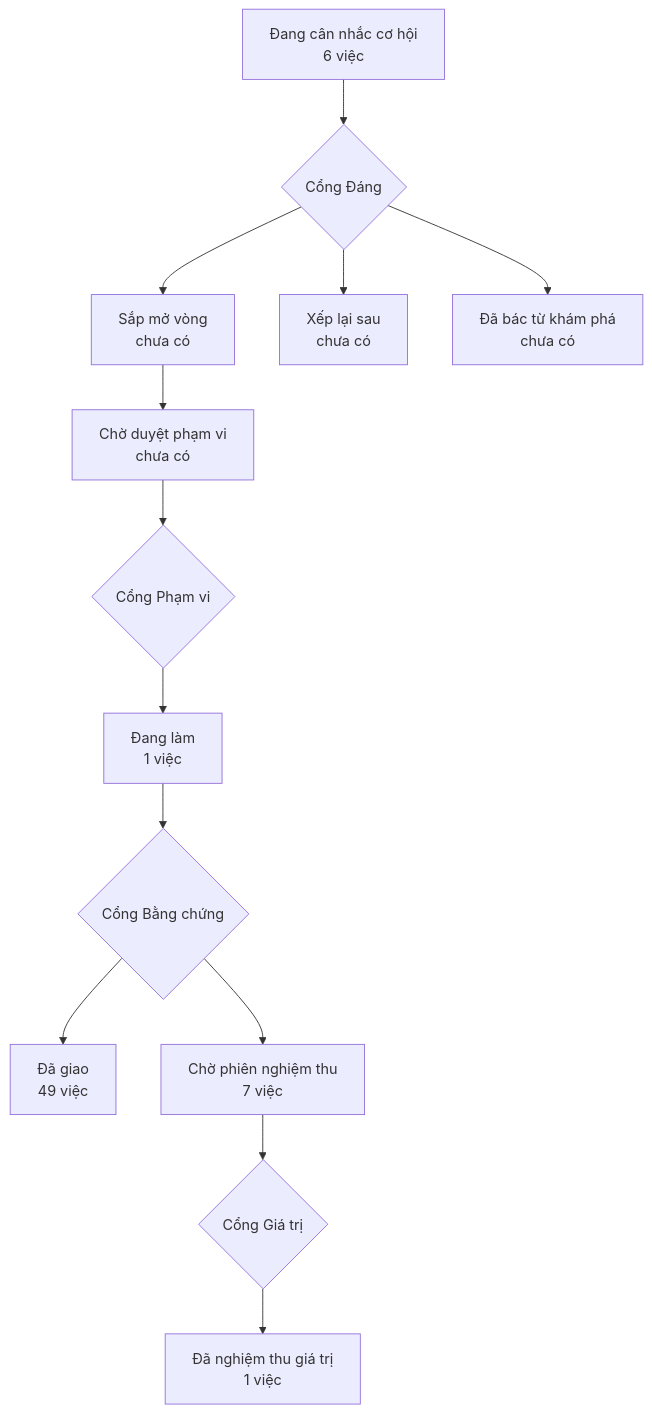
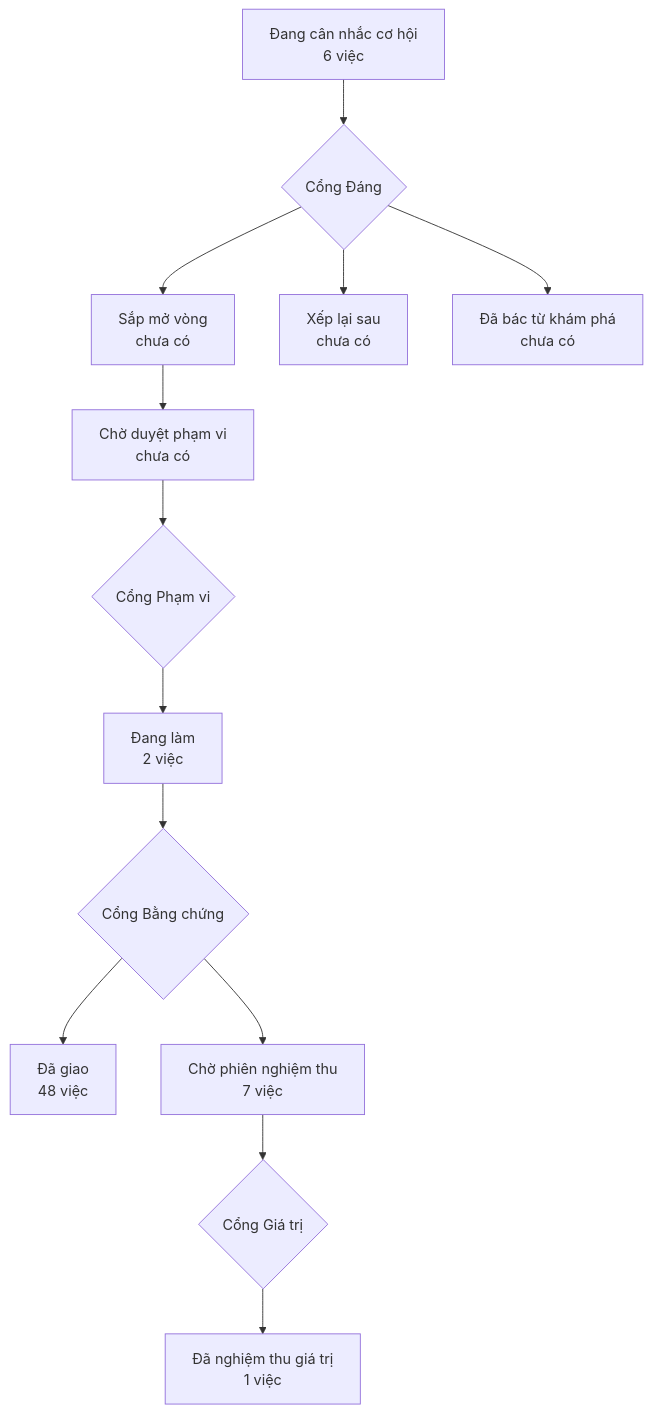
The diagram in PRODUCT-MAP.md (phanlemanh/crm-onehub), drawn with Mermaid before and after one commit. The commit also changed 3 other files, not shown here.

````diff
--- a/PRODUCT-MAP.md
+++ b/PRODUCT-MAP.md
@@ -6,12 +6,12 @@
 ```mermaid
 flowchart TD
   A["Đang cân nhắc cơ hội<br/>6 việc"] --> GD{"Cổng Đáng"}
   GD --> B["Sắp mở vòng<br/>chưa có"]
   GD --> XL["Xếp lại sau<br/>chưa có"]
   GD --> DB["Đã bác từ khám phá<br/>chưa có"]
   B --> CD["Chờ duyệt phạm vi<br/>chưa có"] --> GP{"Cổng Phạm vi"}
-  GP --> DL["Đang làm<br/>1 việc"] --> GB{"Cổng Bằng chứng"}
-  GB --> DG["Đã giao<br/>49 việc"]
+  GP --> DL["Đang làm<br/>2 việc"] --> GB{"Cổng Bằng chứng"}
+  GB --> DG["Đã giao<br/>48 việc"]
   GB --> CN["Chờ phiên nghiệm thu<br/>7 việc"] --> GG{"Cổng Giá trị"}
   GG --> NT["Đã nghiệm thu giá trị<br/>1 việc"]
 ```
````
